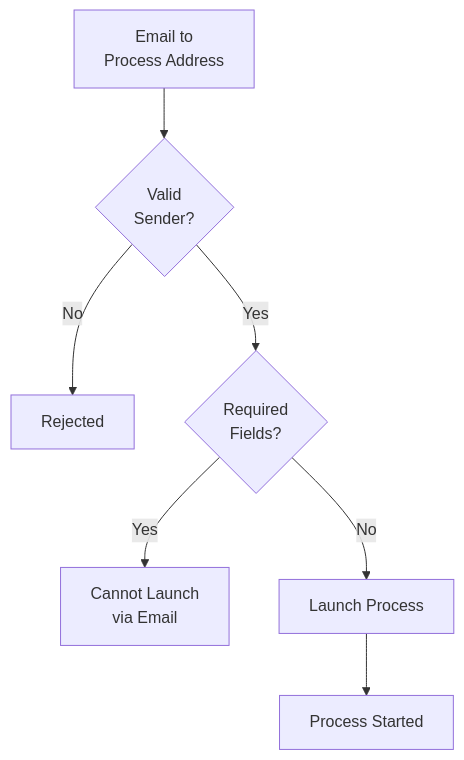
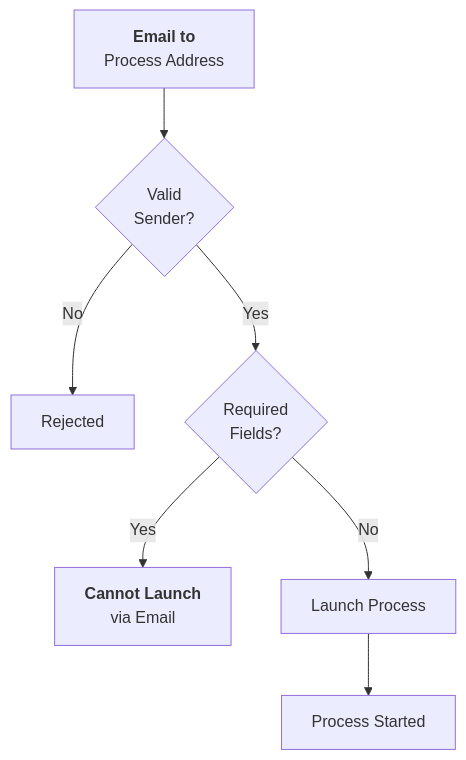
One commit to tallyfy/documentation changed the diagram in src/content/docs/pro/launching/triggers/via-email.mdx. Above: the diagram before and after it, drawn with Mermaid. The commit also changed 22 other files, not shown here.

Commit message:
Adding changes to Mermaid

````diff
--- a/src/content/docs/pro/launching/triggers/via-email.mdx
+++ b/src/content/docs/pro/launching/triggers/via-email.mdx
@@ -57,15 +57,17 @@
 ```mermaid
 flowchart TD
-    Email[Email to<br/>Process Address] --> Validate{Valid<br/>Sender?}
+    Email["`**Email to**
+Process Address`"] --> Validate{Valid<br/>Sender?}
     
-    Validate -->|No| Reject[Rejected]
-    Validate -->|Yes| Check{Required<br/>Fields?}
+    Validate -->|"`No`"| Reject[Rejected]
+    Validate -->|"`Yes`"| Check{Required<br/>Fields?}
     
-    Check -->|Yes| Fail[Cannot Launch<br/>via Email]
-    Check -->|No| Launch[Launch Process]
+    Check -->|"`Yes`"| Fail["`**Cannot Launch**
+via Email`"]
+    Check -->|"`No`"| Launch[Launch Process]
     
     Launch --> Notify[Process Started]
     
     click Validate "/products/pro/documenting/members/" "Learn about member management"
     click Check "/products/pro/launching/triggers/kick-off-forms/" "Understanding kick-off forms"
 ```
````
